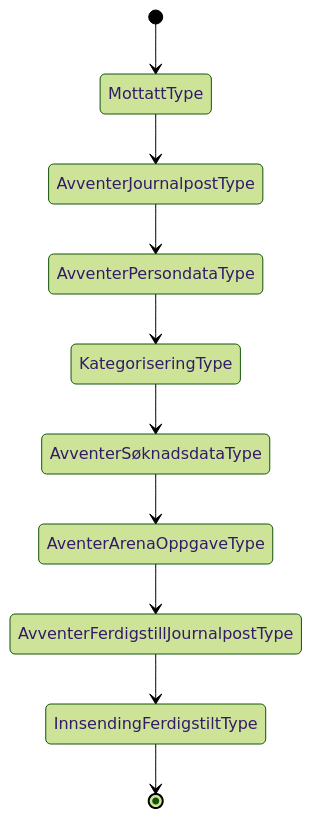
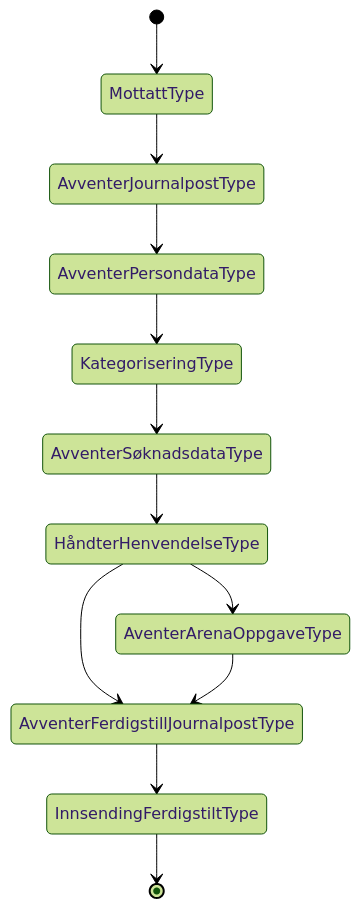
One commit to navikt/dp-mottak changed the diagram in docs/arkitektur/tilstander/NAVe 04-01.03.approved.md. Above: the diagram before and after it, drawn with Mermaid (forest theme). The commit also changed 3 other files, not shown here.

Commit message:
Oppdatert mermaid

````diff
--- a/docs/arkitektur/tilstander/NAVe 04-01.03.approved.md
+++ b/docs/arkitektur/tilstander/NAVe 04-01.03.approved.md
@@ -3,12 +3,14 @@
 ```mermaid
    stateDiagram
    [*]-->MottattType
    	MottattType --> AvventerJournalpostType
 	AvventerJournalpostType --> AvventerPersondataType
 	AvventerPersondataType --> KategoriseringType
 	KategoriseringType --> AvventerSøknadsdataType
-	AvventerSøknadsdataType --> AventerArenaOppgaveType
+	AvventerSøknadsdataType --> HåndterHenvendelseType
+    HåndterHenvendelseType --> AventerArenaOppgaveType
+    HåndterHenvendelseType --> AvventerFerdigstillJournalpostType
 	AventerArenaOppgaveType --> AvventerFerdigstillJournalpostType
 	AvventerFerdigstillJournalpostType --> InnsendingFerdigstiltType
    InnsendingFerdigstiltType--> [*]    
 ```
````
